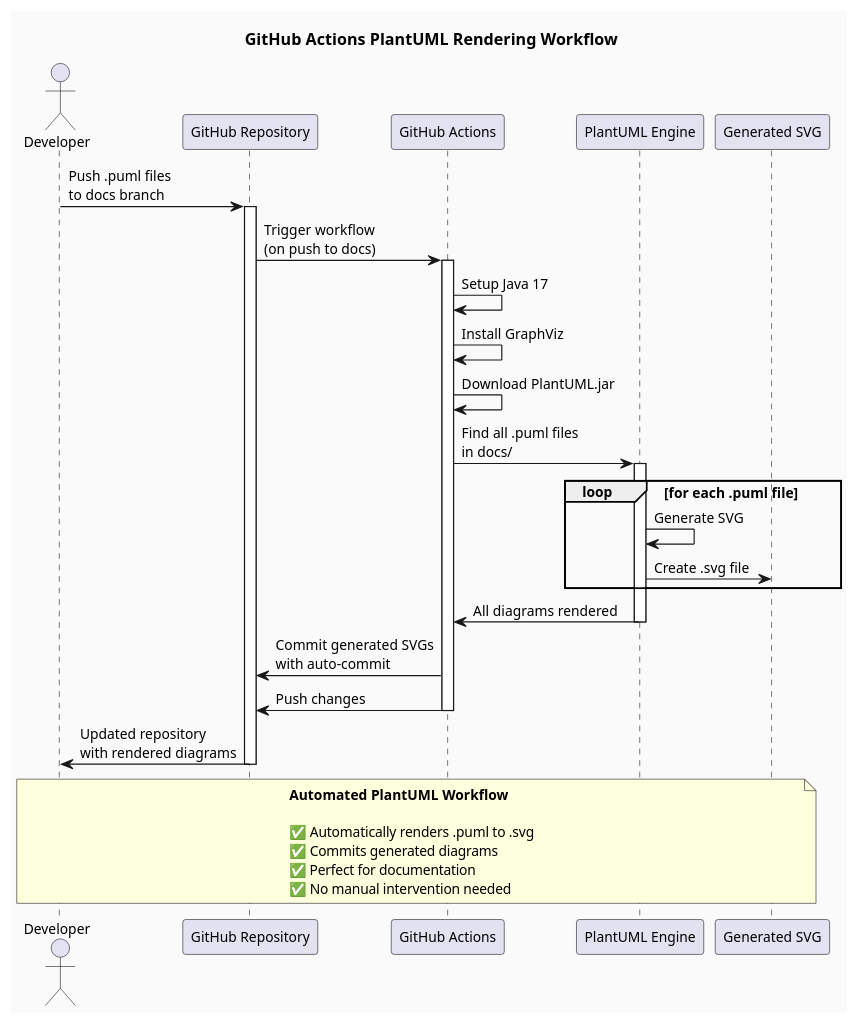
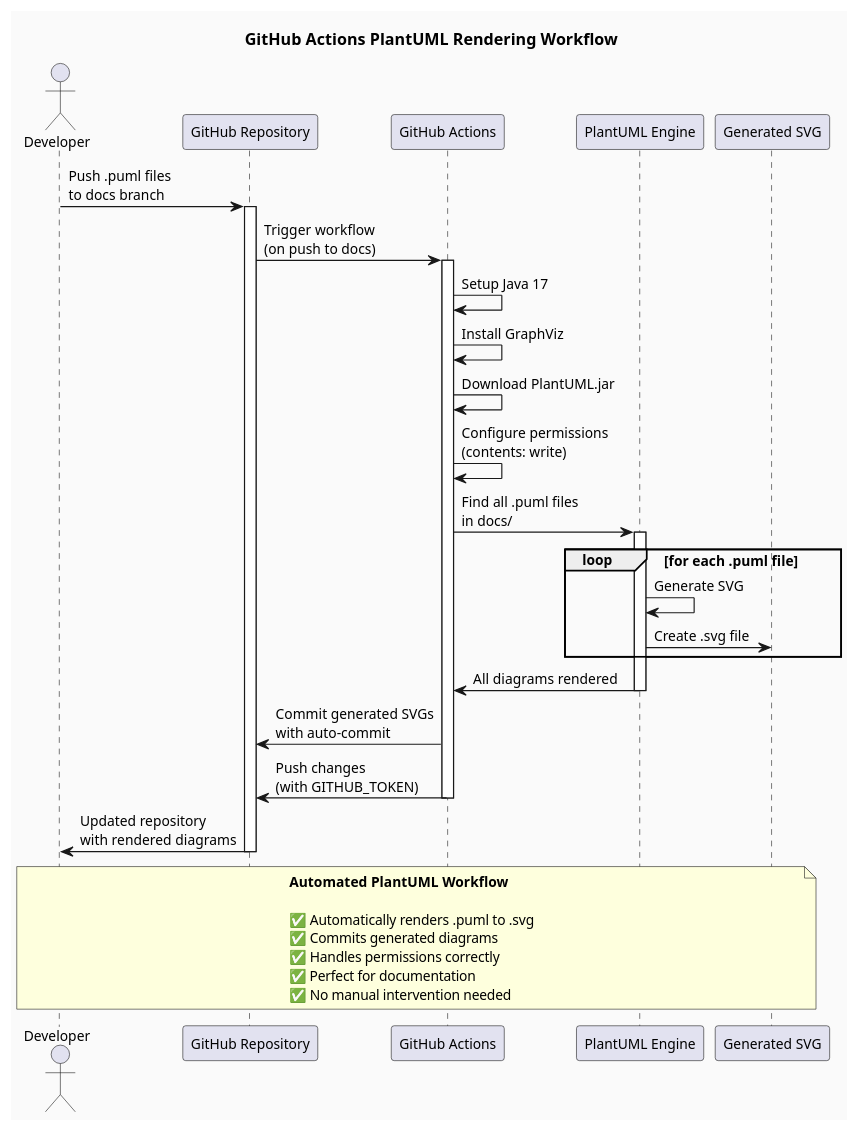
The diagram in docs/github-actions-plantuml-workflow.puml (MSicc/PlantUML-GithubAction-Demo), drawn with PlantUML before and after one commit. The commit also changed 1 other file, not shown here.

Commit message:
docs: update PlantUML diagram and README with permissions info

```diff
--- a/docs/github-actions-plantuml-workflow.puml
+++ b/docs/github-actions-plantuml-workflow.puml
@@ -1,55 +1,57 @@
 @startuml github-actions-plantuml-workflow
 
 ' Updated to trigger GitHub Action
 
 
 title GitHub Actions PlantUML Rendering Workflow
 
 skinparam backgroundColor #FAFAFA
 skinparam defaultFontName Arial
 skinparam defaultFontSize 12
 
 actor Developer as dev
 participant "GitHub Repository" as repo
 participant "GitHub Actions" as ga
 participant "PlantUML Engine" as puml
 participant "Generated SVG" as svg
 
 dev -> repo : Push .puml files\nto docs branch
 activate repo
 
 repo -> ga : Trigger workflow\n(on push to docs)
 activate ga
 
 ga -> ga : Setup Java 17
 ga -> ga : Install GraphViz
 ga -> ga : Download PlantUML.jar
+ga -> ga : Configure permissions\n(contents: write)
 
 ga -> puml : Find all .puml files\nin docs/
 activate puml
 
 loop for each .puml file
     puml -> puml : Generate SVG
     puml -> svg : Create .svg file
 end
 
 puml -> ga : All diagrams rendered
 deactivate puml
 
 ga -> repo : Commit generated SVGs\nwith auto-commit
-ga -> repo : Push changes
+ga -> repo : Push changes\n(with GITHUB_TOKEN)
 deactivate ga
 
 repo -> dev : Updated repository\nwith rendered diagrams
 deactivate repo
 
 note over dev, svg
   **Automated PlantUML Workflow**
   
   ✅ Automatically renders .puml to .svg
   ✅ Commits generated diagrams
+  ✅ Handles permissions correctly
   ✅ Perfect for documentation
   ✅ No manual intervention needed
 end note
 
 @enduml
```
